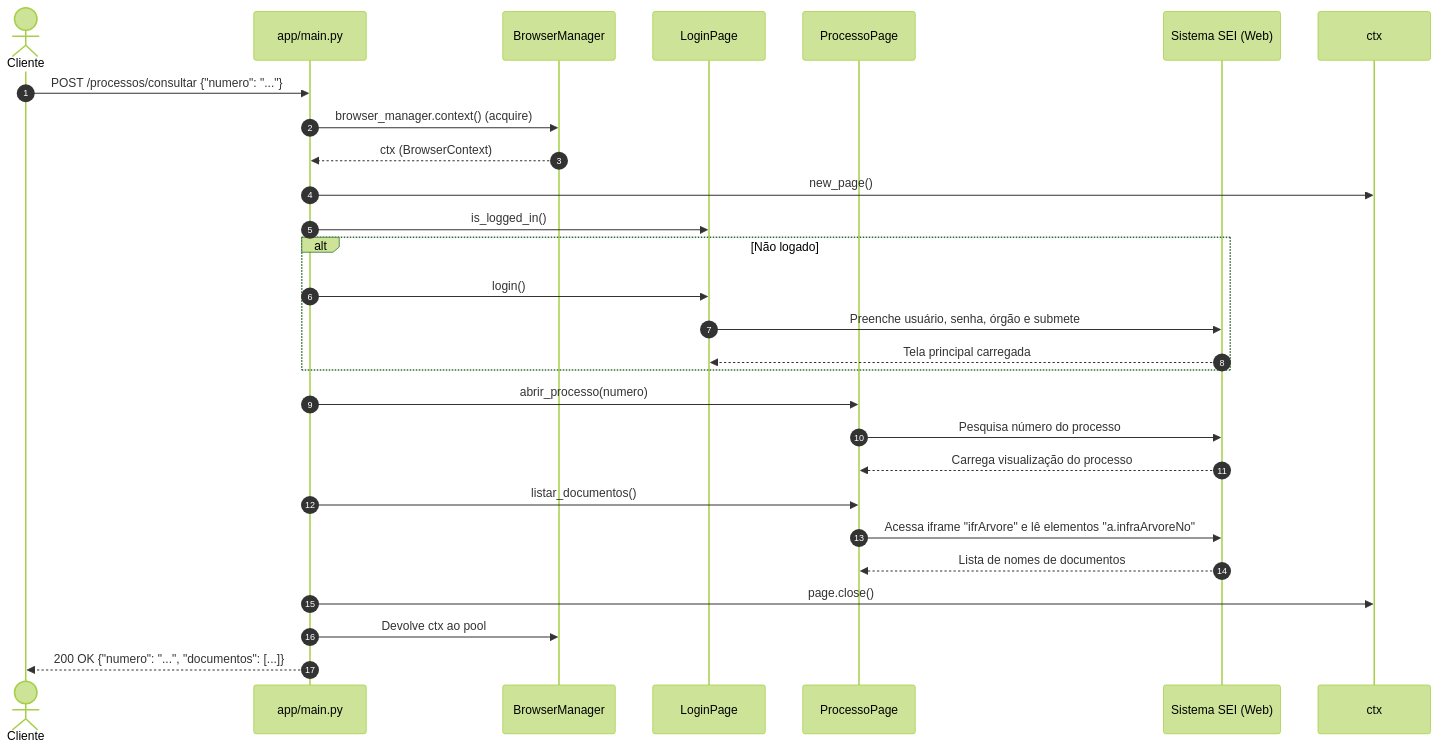
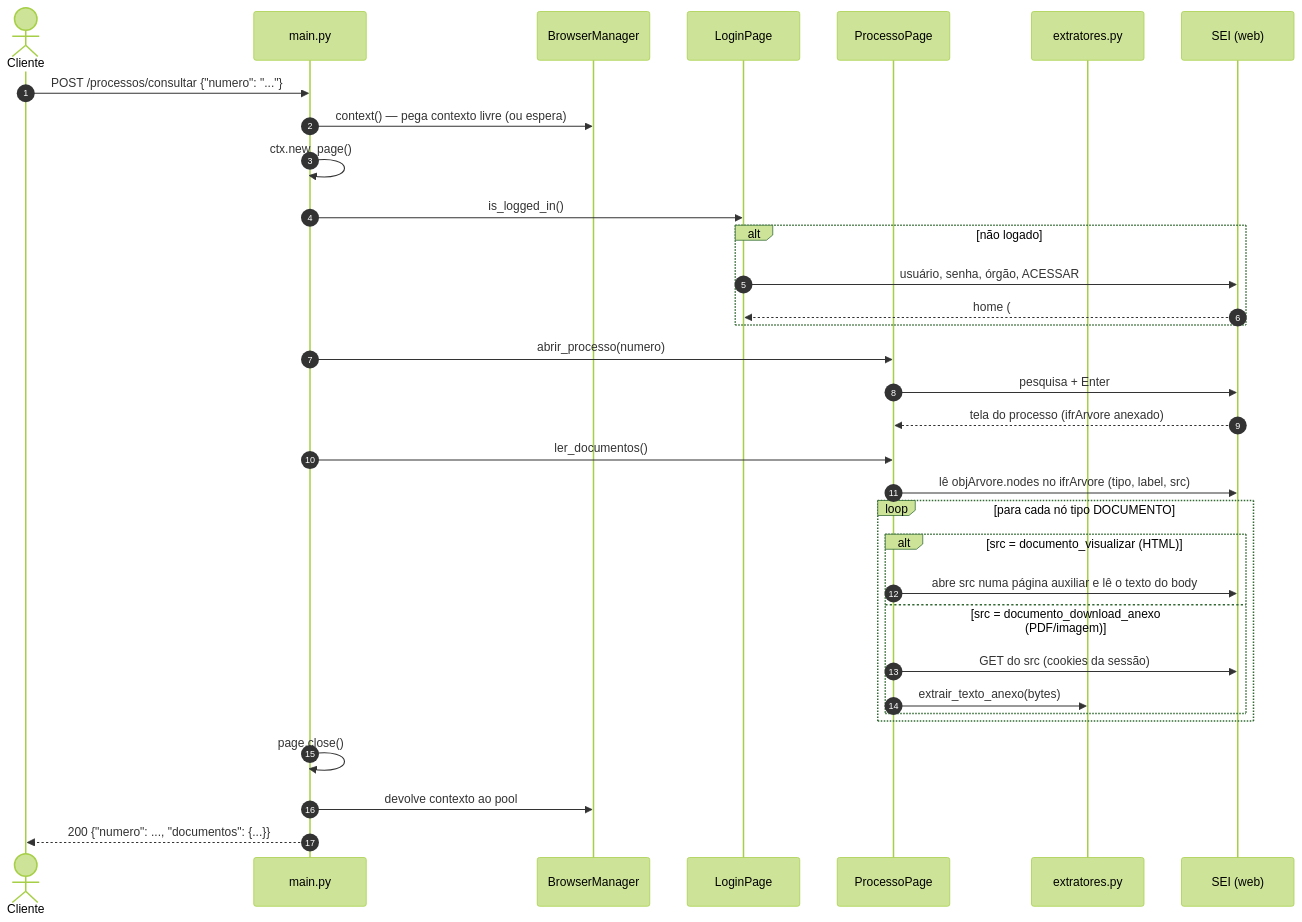
The second of 2 diagrams in ARQUITETURA.md (cleytonfs777/ProjetoAssistSDTS3), drawn with Mermaid (forest theme) before and after one commit. The commit also changed other lines of this file and 38 other files, not shown here.

````diff
--- a/ARQUITETURA.md
+++ b/ARQUITETURA.md
@@ -131,34 +210,36 @@
 ```mermaid
 sequenceDiagram
     autonumber
     actor Cliente
-    participant Main as app/main.py
+    participant Main as main.py
     participant BM as BrowserManager
     participant LP as LoginPage
     participant PP as ProcessoPage
-    participant SEI as Sistema SEI (Web)
+    participant EX as extratores.py
+    participant SEI as SEI (web)
 
     Cliente->>Main: POST /processos/consultar {"numero": "..."}
-    Main->>BM: browser_manager.context() (acquire)
-    BM-->>Main: ctx (BrowserContext)
-    Main->>ctx: new_page()
-    
+    Main->>BM: context() — pega contexto livre (ou espera)
+    Main->>Main: ctx.new_page()
     Main->>LP: is_logged_in()
-    alt Não logado
-        Main->>LP: login()
-        LP->>SEI: Preenche usuário, senha, órgão e submete
-        SEI-->>LP: Tela principal carregada
+    alt não logado
+        LP->>SEI: usuário, senha, órgão, ACESSAR
+        SEI-->>LP: home (#txtPesquisaRapida visível)
     end
-
     Main->>PP: abrir_processo(numero)
-    PP->>SEI: Pesquisa número do processo
-    SEI-->>PP: Carrega visualização do processo
-
-    Main->>PP: listar_documentos()
-    PP->>SEI: Acessa iframe "ifrArvore" e lê elementos "a.infraArvoreNo"
-    SEI-->>PP: Lista de nomes de documentos
-    
-    Main->>ctx: page.close()
-    Main->>BM: Devolve ctx ao pool
-    Main-->>Cliente: 200 OK {"numero": "...", "documentos": [...]}
+    PP->>SEI: pesquisa + Enter
+    SEI-->>PP: tela do processo (ifrArvore anexado)
+    Main->>PP: ler_documentos()
+    PP->>SEI: lê objArvore.nodes no ifrArvore (tipo, label, src)
+    loop para cada nó tipo DOCUMENTO
+        alt src = documento_visualizar (HTML)
+            PP->>SEI: abre src numa página auxiliar e lê o texto do body
+        else src = documento_download_anexo (PDF/imagem)
+            PP->>SEI: GET do src (cookies da sessão)
+            PP->>EX: extrair_texto_anexo(bytes)
+        end
+    end
+    Main->>Main: page.close()
+    Main->>BM: devolve contexto ao pool
+    Main-->>Cliente: 200 {"numero": ..., "documentos": {...}}
 ```
````
